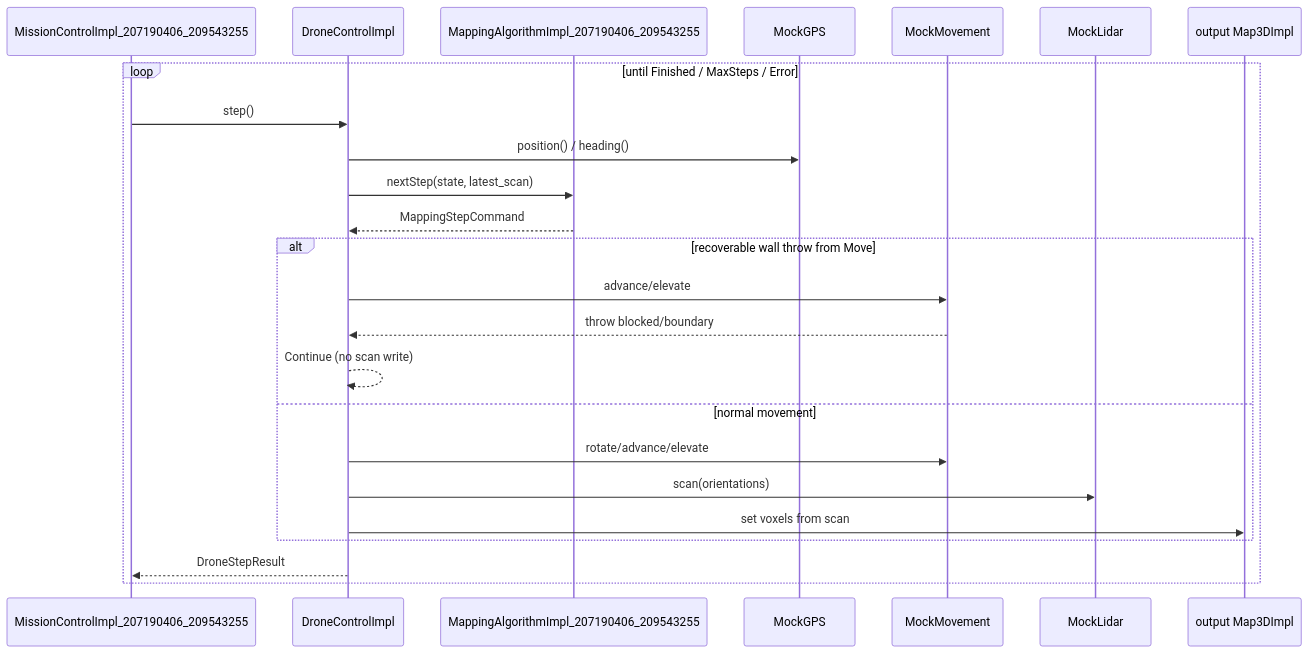
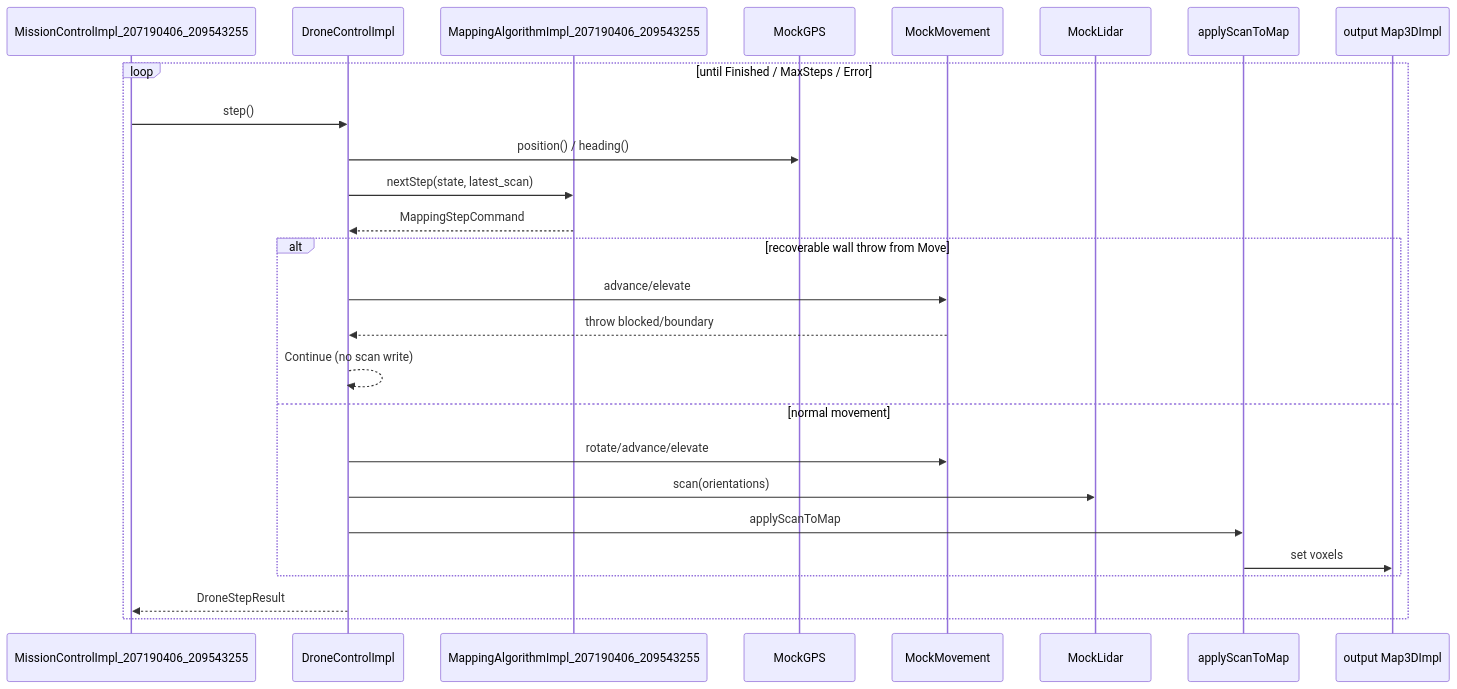
The diagram in docs/hld/seq-drone-step.mmd (Sagi154/Drone-Mapper-ex3), drawn with Mermaid before and after one commit. The commit also changed 8 other files, not shown here.

Commit message:
docs: align HLD diagrams with CLI composition and scoring

```diff
--- a/docs/hld/seq-drone-step.mmd
+++ b/docs/hld/seq-drone-step.mmd
@@ -1,25 +1,27 @@
 sequenceDiagram
     participant MC as MissionControlImpl_207190406_209543255
     participant DC as DroneControlImpl
     participant Algo as MappingAlgorithmImpl_207190406_209543255
     participant GPS as MockGPS
     participant Move as MockMovement
     participant Lidar as MockLidar
+    participant SR as applyScanToMap
     participant Map as output Map3DImpl
 
     loop until Finished / MaxSteps / Error
         MC->>DC: step()
         DC->>GPS: position() / heading()
         DC->>Algo: nextStep(state, latest_scan)
         Algo-->>DC: MappingStepCommand
         alt recoverable wall throw from Move
             DC->>Move: advance/elevate
             Move-->>DC: throw blocked/boundary
             DC-->>DC: Continue (no scan write)
         else normal movement
             DC->>Move: rotate/advance/elevate
             DC->>Lidar: scan(orientations)
-            DC->>Map: set voxels from scan
+            DC->>SR: applyScanToMap
+            SR->>Map: set voxels
         end
         DC-->>MC: DroneStepResult
     end
```
